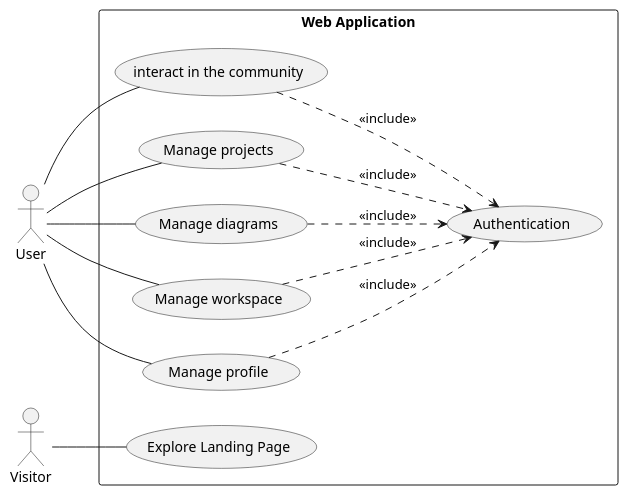
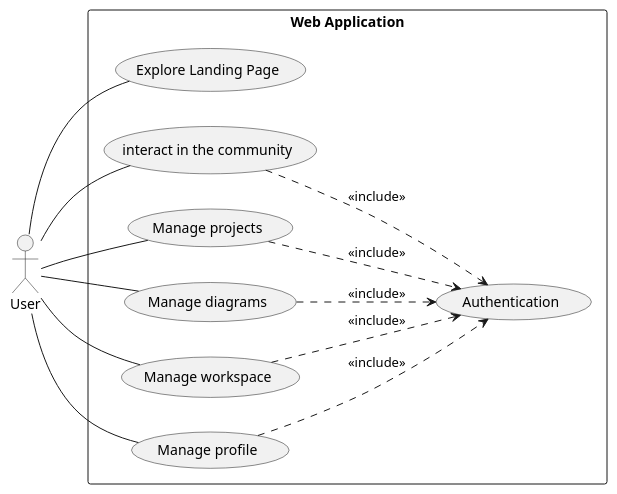
Before and after one commit to souhaib-askri/report_pfe: the diagram in conception/global_use_case_diagram.puml, drawn with PlantUML. The commit also changed 22 other files, not shown here.

Commit message:
report: correct diagrams ,delete visitor

```diff
--- a/conception/global_use_case_diagram.puml
+++ b/conception/global_use_case_diagram.puml
@@ -1,46 +1,45 @@
 @startuml
 
 left to right direction
 
 actor "User" as User
 
-actor "Visitor" as Visitor
 
 rectangle "Web Application" {
     usecase "Explore Landing Page" as ExploreLandingPage
     usecase "Authentication" as user_auth
 
     usecase "interact in the community" as InteractWithCommunity
     usecase "Manage projects" as ManageProjects
     usecase "Manage diagrams" as ManageDiagrams
     usecase "Manage workspace" as ManageWorkspace
     usecase "Manage profile" as EditProfile
 
     
 
 }
 
 
 
-Visitor -- ExploreLandingPage
+User -- ExploreLandingPage
 User -- InteractWithCommunity
 User -- ManageProjects
 User -- ManageDiagrams
 User -- EditProfile
 User -- ManageWorkspace
 
 
 
 InteractWithCommunity ..> user_auth : <<include>>
 ManageProjects ..> user_auth : <<include>>
 ManageDiagrams ..> user_auth : <<include>>
 ManageWorkspace ..> user_auth : <<include>>
 EditProfile ..> user_auth : <<include>>
 
 
 
 
 
 
 
 @enduml
```
